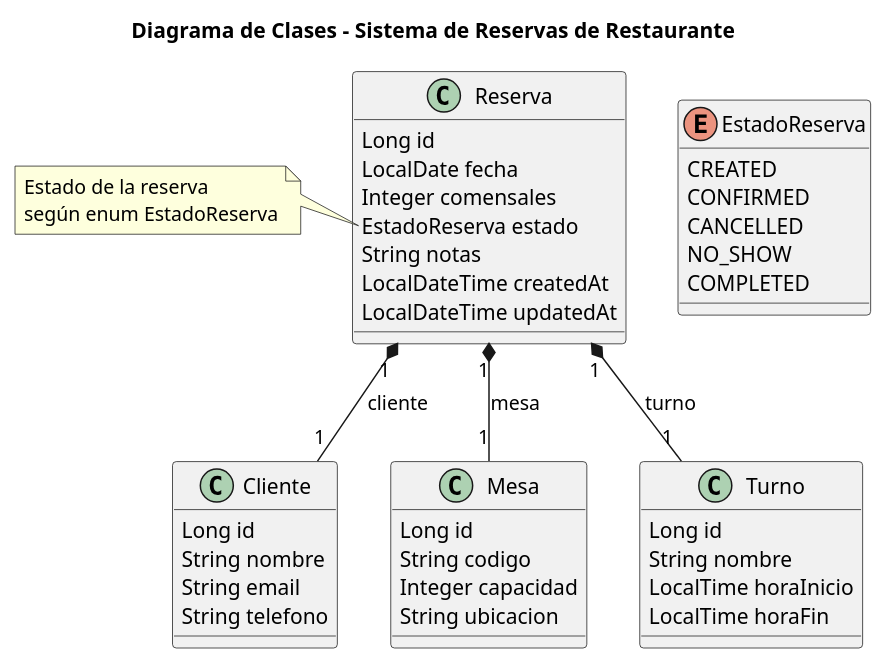
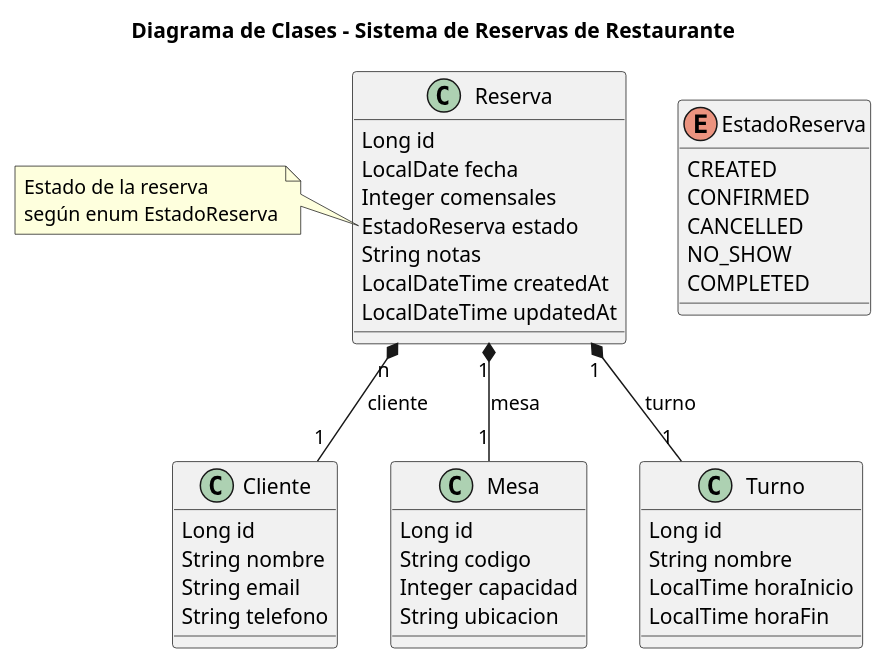
The diagram in README.md (Benitez1403-BO16004/POO135-Proyecto), drawn with PlantUML before and after one commit. The commit also changed other lines of this file and 1 other file, not shown here.

Commit message:
se ha modificado el diagrama UML en cuanto a la carninalidad de reservas con clientes

````diff
--- a/README.md
+++ b/README.md
@@ -53,53 +65,53 @@
 ```plantuml
 @startuml
 title Diagrama de Clases - Sistema de Reservas de Restaurante
 
 class Cliente {
   Long id
   String nombre
   String email
   String telefono
 }
 
 class Mesa {
   Long id
   String codigo
   Integer capacidad
   String ubicacion
 }
 
 class Turno {
   Long id
   String nombre
   LocalTime horaInicio
   LocalTime horaFin
 }
 
 enum EstadoReserva {
   CREATED
   CONFIRMED
   CANCELLED
   NO_SHOW
   COMPLETED
 }
 
 class Reserva {
   Long id
   LocalDate fecha
   Integer comensales
   EstadoReserva estado
   String notas
   LocalDateTime createdAt
   LocalDateTime updatedAt
 }
 
-Reserva "1" *-- "1" Cliente : cliente
+Reserva "n" *-- "1" Cliente : cliente
 Reserva "1" *-- "1" Mesa : mesa
 Reserva "1" *-- "1" Turno : turno
 
 note left of Reserva::estado
   Estado de la reserva
   según enum EstadoReserva
 end note
 @enduml
 ```
````
